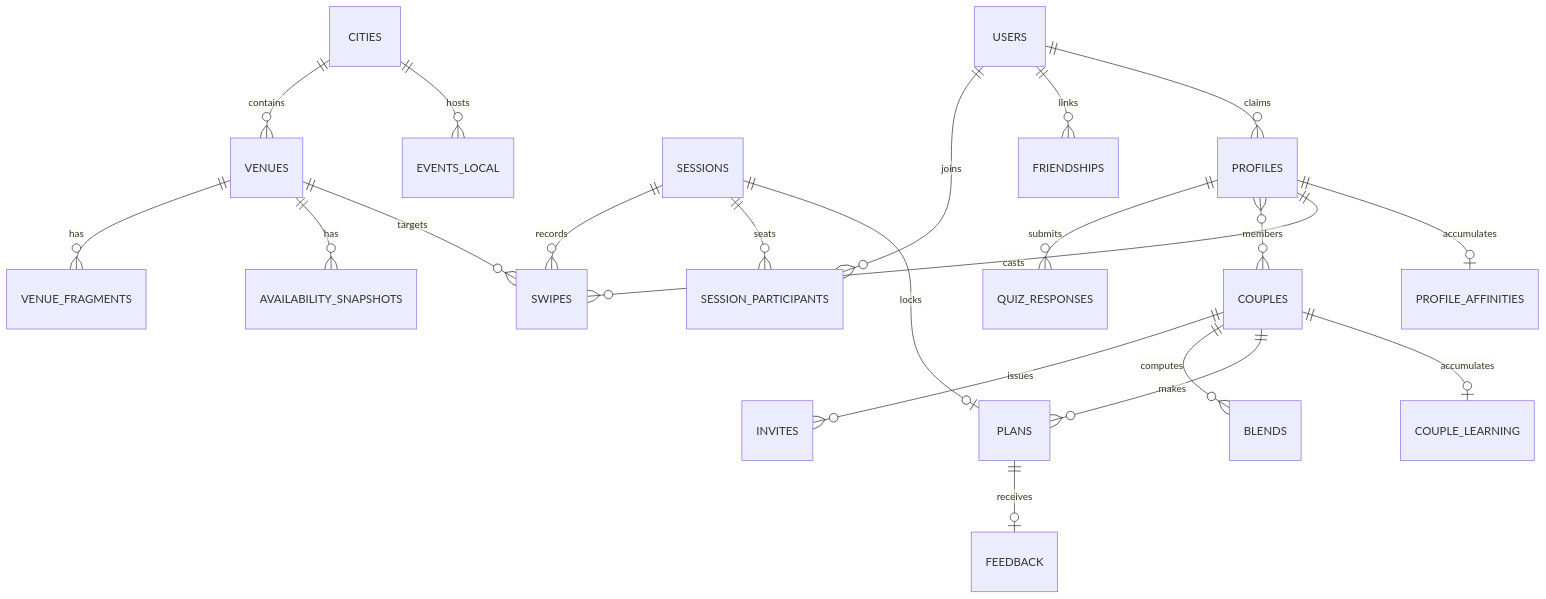
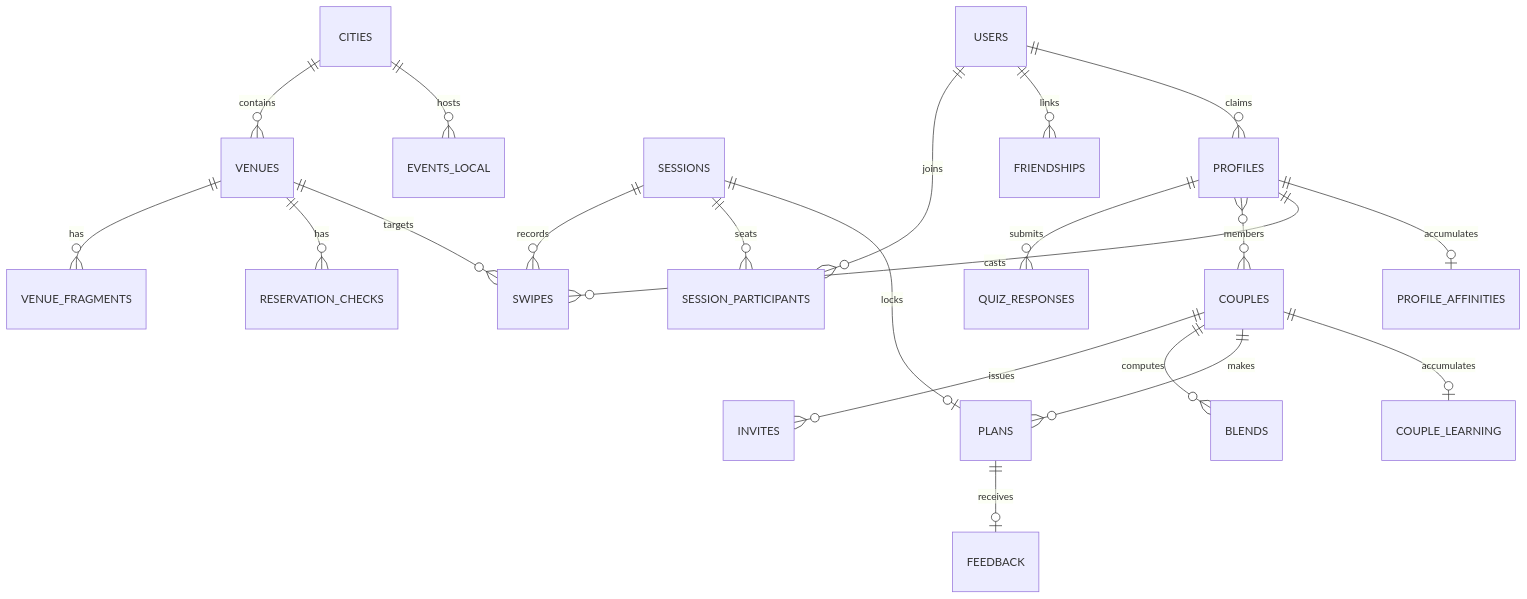
One commit to jsimo20/where2eat changed the second of 7 diagrams in docs/technical-design.md. Above: the diagram before and after it, drawn with Mermaid. The commit also changed other lines of this file and 3 other files, not shown here.

````diff
--- a/docs/technical-design.md
+++ b/docs/technical-design.md
@@ -164,23 +165,23 @@
 ```mermaid
 erDiagram
     CITIES ||--o{ VENUES : contains
     VENUES ||--o{ VENUE_FRAGMENTS : has
-    VENUES ||--o{ AVAILABILITY_SNAPSHOTS : has
+    VENUES ||--o{ RESERVATION_CHECKS : has
     PROFILES ||--o{ QUIZ_RESPONSES : submits
     COUPLES ||--o{ INVITES : issues
     PROFILES }o--o{ COUPLES : members
     COUPLES ||--o{ BLENDS : computes
     SESSIONS ||--o{ SWIPES : records
     PROFILES ||--o{ SWIPES : casts
     VENUES ||--o{ SWIPES : targets
     SESSIONS ||--o{ SESSION_PARTICIPANTS : seats
     USERS ||--o{ SESSION_PARTICIPANTS : joins
     USERS ||--o{ FRIENDSHIPS : links
     COUPLES ||--o{ PLANS : makes
     SESSIONS ||--o| PLANS : locks
     PLANS ||--o| FEEDBACK : receives
     PROFILES ||--o| PROFILE_AFFINITIES : accumulates
     COUPLES ||--o| COUPLE_LEARNING : accumulates
     CITIES ||--o{ EVENTS_LOCAL : hosts
     USERS ||--o{ PROFILES : claims
 ```
````
